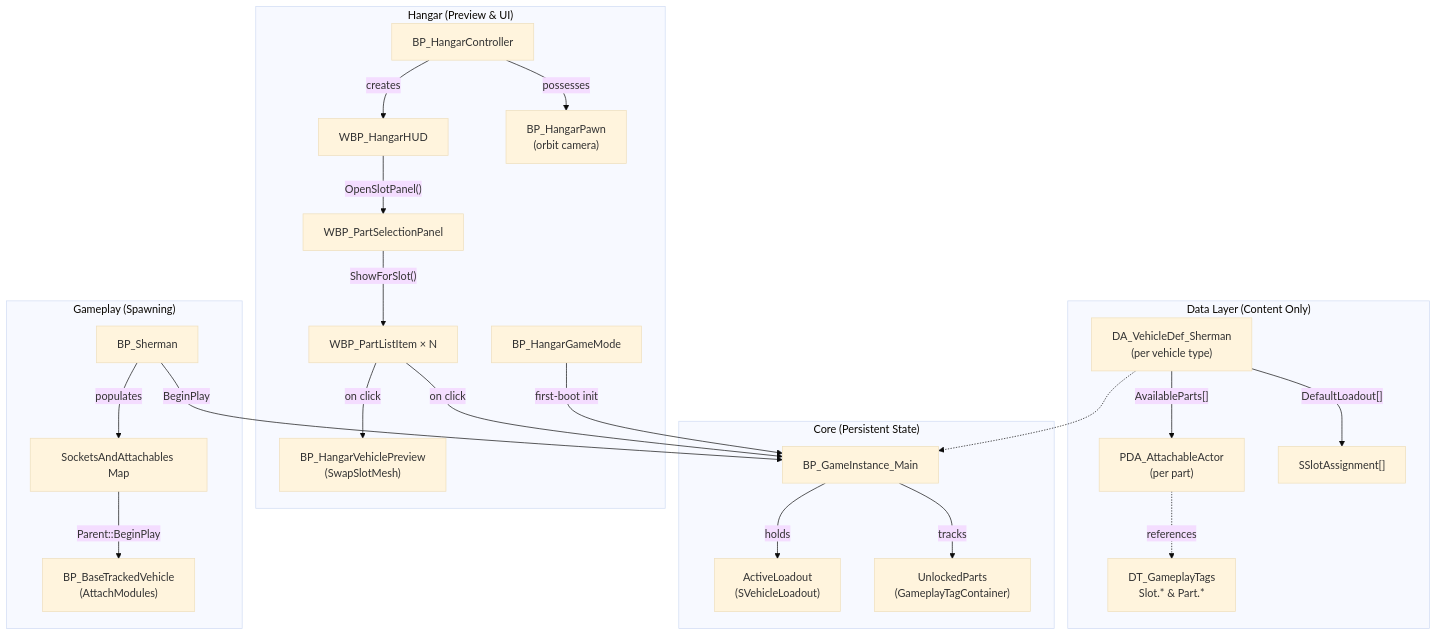
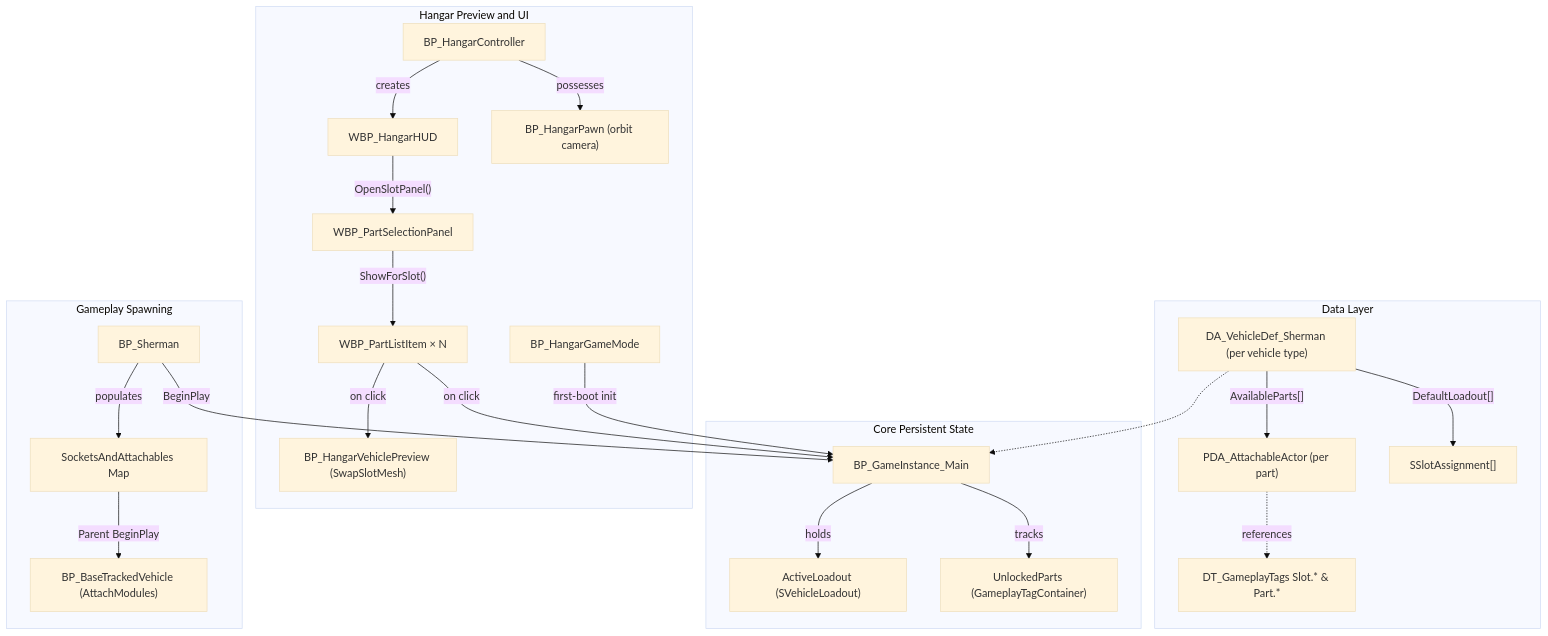
One commit to Zum0DePapaya/portfolio-cms changed the diagram in src/projects/tank-commander.md. Above: the diagram before and after it, drawn with Mermaid (base theme). The commit also changed other lines of this file, not shown here.

Commit message:
docs: fix mermaid syntax error and replace tank commander gifs with explicit placeholders

````diff
--- a/src/projects/tank-commander.md
+++ b/src/projects/tank-commander.md
@@ -42,31 +42,31 @@
 ```mermaid
 graph TD
-    subgraph Data ["Data Layer (Content Only)"]
-        Tags["DT_GameplayTags<br/>Slot.* & Part.*"]
-        PDA["PDA_AttachableActor<br/>(per part)"]
-        VDef["DA_VehicleDef_Sherman<br/>(per vehicle type)"]
+    subgraph Data Layer
+        Tags["DT_GameplayTags Slot.* & Part.*"]
+        PDA["PDA_AttachableActor (per part)"]
+        VDef["DA_VehicleDef_Sherman (per vehicle type)"]
         PDA -.->|"references"| Tags
         VDef -->|"AvailableParts[]"| PDA
         VDef -->|"DefaultLoadout[]"| DefaultSlots["SSlotAssignment[]"]
     end
-    subgraph Core ["Core (Persistent State)"]
+    subgraph Core Persistent State
         GI["BP_GameInstance_Main"]
-        GI -->|"holds"| Loadout["ActiveLoadout<br/>(SVehicleLoadout)"]
-        GI -->|"tracks"| Unlocked["UnlockedParts<br/>(GameplayTagContainer)"]
+        GI -->|"holds"| Loadout["ActiveLoadout (SVehicleLoadout)"]
+        GI -->|"tracks"| Unlocked["UnlockedParts (GameplayTagContainer)"]
     end
-    subgraph Hangar ["Hangar (Preview & UI)"]
+    subgraph Hangar Preview and UI
         GM_H["BP_HangarGameMode"] -->|"first-boot init"| GI
         Ctrl["BP_HangarController"] -->|"creates"| HUD["WBP_HangarHUD"]
-        Ctrl -->|"possesses"| Pawn["BP_HangarPawn<br/>(orbit camera)"]
+        Ctrl -->|"possesses"| Pawn["BP_HangarPawn (orbit camera)"]
         HUD -->|"OpenSlotPanel()"| Panel["WBP_PartSelectionPanel"]
         Panel -->|"ShowForSlot()"| Items["WBP_PartListItem × N"]
-        Items -->|"on click"| Preview["BP_HangarVehiclePreview<br/>(SwapSlotMesh)"]
+        Items -->|"on click"| Preview["BP_HangarVehiclePreview (SwapSlotMesh)"]
         Items -->|"on click"| GI
     end
-    subgraph Gameplay ["Gameplay (Spawning)"]
+    subgraph Gameplay Spawning
         Sherman["BP_Sherman"] -->|"BeginPlay"| GI
         Sherman -->|"populates"| SocketMap["SocketsAndAttachables Map"]
-        SocketMap -->|"Parent::BeginPlay"| Spawner["BP_BaseTrackedVehicle<br/>(AttachModules)"]
+        SocketMap -->|"Parent BeginPlay"| Spawner["BP_BaseTrackedVehicle (AttachModules)"]
     end
     VDef -.-> GI
 ```
````
